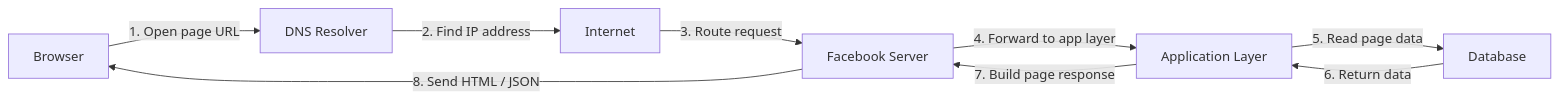
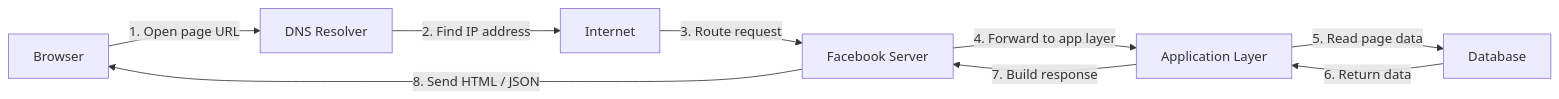
One commit to ASaber33/web-request-diagram changed the diagram in README.md. Above: the diagram before and after it, drawn with Mermaid. The commit also changed other lines of this file, not shown here.

````diff
--- a/README.md
+++ b/README.md
@@ -7,11 +7,11 @@
 ```mermaid
 graph LR
     A[Browser] -->|1. Open page URL| B[DNS Resolver]
     B -->|2. Find IP address| C[Internet]
     C -->|3. Route request| D[Facebook Server]
     D -->|4. Forward to app layer| E[Application Layer]
     E -->|5. Read page data| F[Database]
     F -->|6. Return data| E
-    E -->|7. Build page response| D
+    E -->|7. Build response| D
     D -->|8. Send HTML / JSON| A
 ```
````
